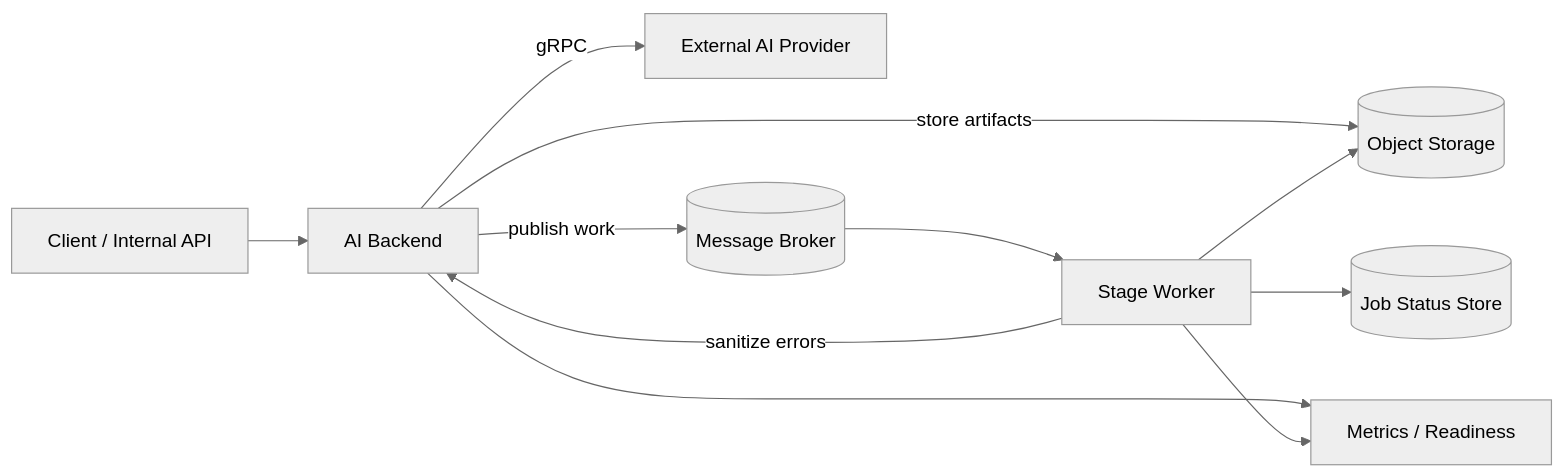
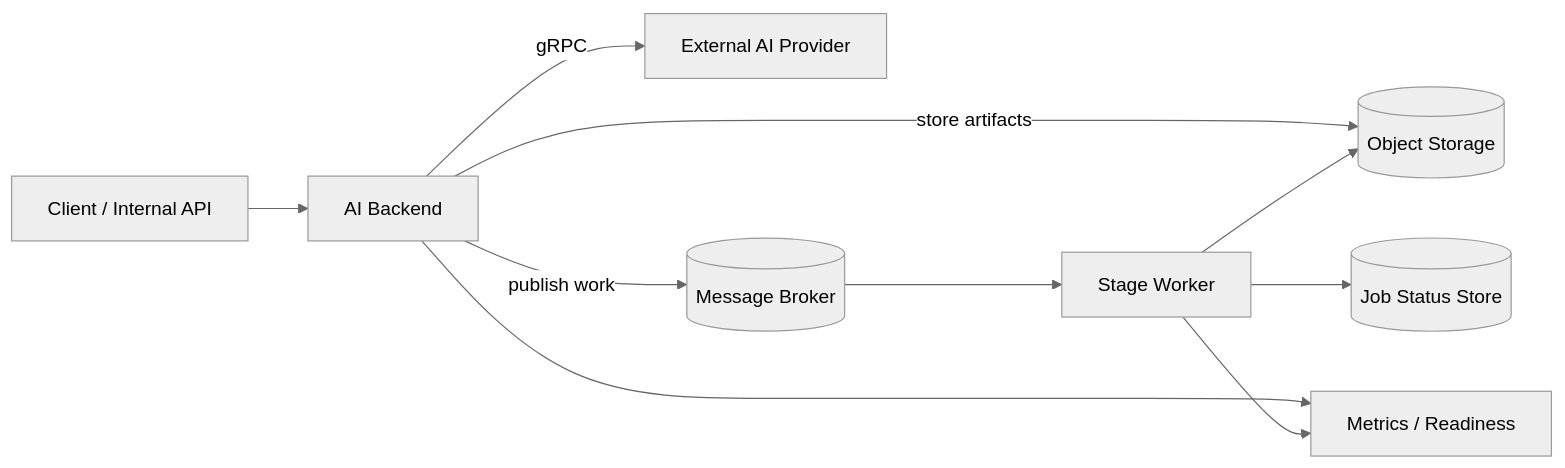
Before and after one commit to bang9ming9/bang9ming9: the fourth of 6 diagrams in README.md, drawn with Mermaid (neutral theme). The commit also changed 1 other file, not shown here.

Commit message:
tighten ai backend doc wording

````diff
--- a/README.md
+++ b/README.md
@@ -161,13 +161,12 @@
 ```mermaid
 flowchart LR
     Client[Client / Internal API] --> API[AI Backend]
     API -->|gRPC| Provider[External AI Provider]
     API -->|store artifacts| Storage[(Object Storage)]
     API -->|publish work| Broker[(Message Broker)]
     Broker --> Worker[Stage Worker]
     Worker --> Status[(Job Status Store)]
     Worker --> Storage
-    Worker -->|sanitize errors| API
     API --> Obs[Metrics / Readiness]
     Worker --> Obs
 ```
````
